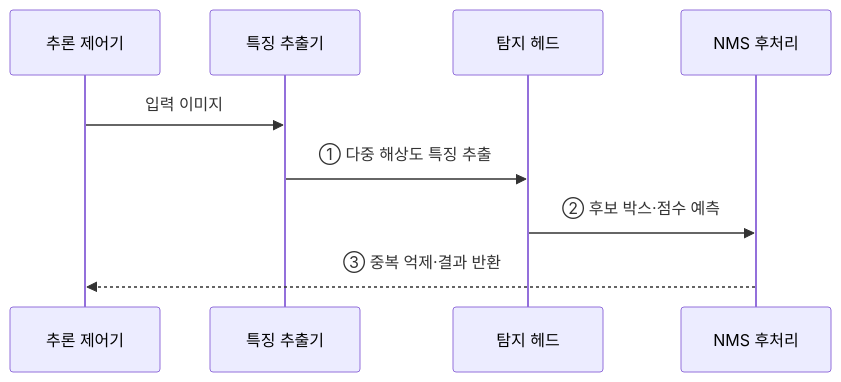
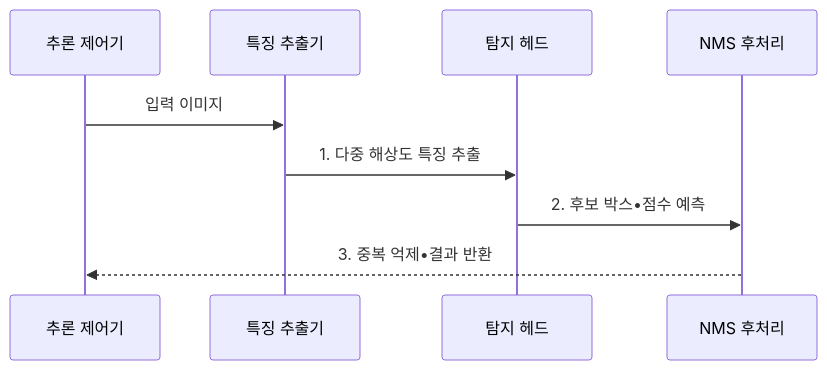
Before and after one commit to agnusdei1207/knowledge-base: the second of 2 diagrams in src/content/docs/notes/01-basic-theory/055_object_detection.md, drawn with Mermaid. The commit also changed other lines of this file and 20 other files, not shown here.

````diff
--- a/src/content/docs/notes/01-basic-theory/055_object_detection.md
+++ b/src/content/docs/notes/01-basic-theory/055_object_detection.md
@@ -77,11 +81,11 @@
 ```mermaid
 sequenceDiagram
     participant T as 추론 제어기
     participant F as 특징 추출기
     participant H as 탐지 헤드
     participant N as NMS 후처리
     T->>F: 입력 이미지
-    F->>H: ① 다중 해상도 특징 추출
-    H->>N: ② 후보 박스·점수 예측
-    N-->>T: ③ 중복 억제·결과 반환
+    F->>H: 1. 다중 해상도 특징 추출
+    H->>N: 2. 후보 박스•점수 예측
+    N-->>T: 3. 중복 억제•결과 반환
 ```
````
